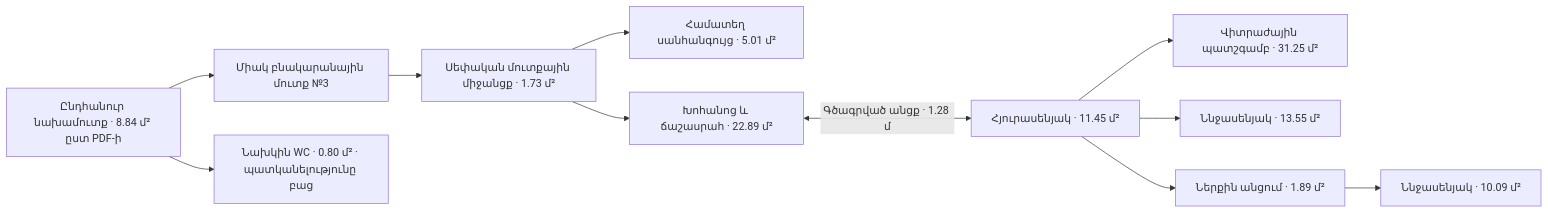
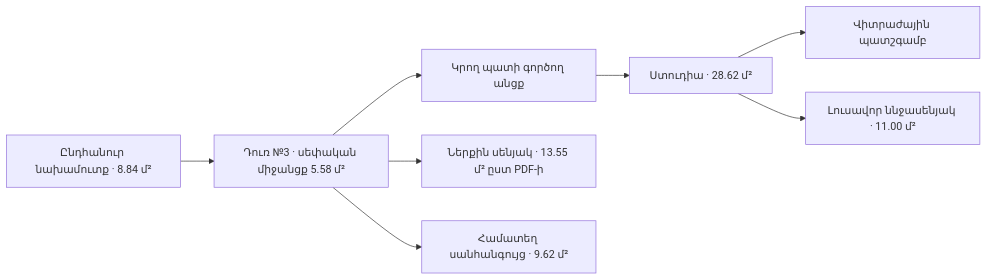
One commit to gourgen-grigoryan/apartment-replanning-2026 changed the first of 4 diagrams in docs/DIAGRAMS.md. Above: the diagram before and after it, drawn with Mermaid. The commit also changed other lines of this file and 23 other files, not shown here.

````diff
--- a/docs/DIAGRAMS.md
+++ b/docs/DIAGRAMS.md
@@ -19,13 +11,10 @@
 ```mermaid
 flowchart LR
-    Common["Ընդհանուր նախամուտք · 8.84 մ² ըստ PDF-ի"] --> Door["Միակ բնակարանային մուտք №3"]
-    Common --> Store["Նախկին WC · 0.80 մ² · պատկանելությունը բաց"]
-    Door --> Hall["Սեփական մուտքային միջանցք · 1.73 մ²"]
-    Hall --> Bath["Համատեղ սանհանգույց · 5.01 մ²"]
-    Hall --> Kitchen["Խոհանոց և ճաշասրահ · 22.89 մ²"]
-    Kitchen <-->|"Գծագրված անցք · 1.28 մ"| Living["Հյուրասենյակ · 11.45 մ²"]
-    Living --> Balcony["Վիտրաժային պատշգամբ · 31.25 մ²"]
-    Living --> B1["Ննջասենյակ · 13.55 մ²"]
-    Living --> Passage["Ներքին անցում · 1.89 մ²"]
-    Passage --> B2["Ննջասենյակ · 10.09 մ²"]
+    A["Ընդհանուր նախամուտք · 8.84 մ²"] --> B["Դուռ №3 · սեփական միջանցք 5.58 մ²"]
+    B --> C["Կրող պատի գործող անցք"]
+    C --> D["Ստուդիա · 28.62 մ²"]
+    D --> E["Վիտրաժային պատշգամբ"]
+    D --> F["Լուսավոր ննջասենյակ · 11.00 մ²"]
+    B --> G["Ներքին սենյակ · 13.55 մ² ըստ PDF-ի"]
+    B --> H["Համատեղ սանհանգույց · 9.62 մ²"]
 ```
````
